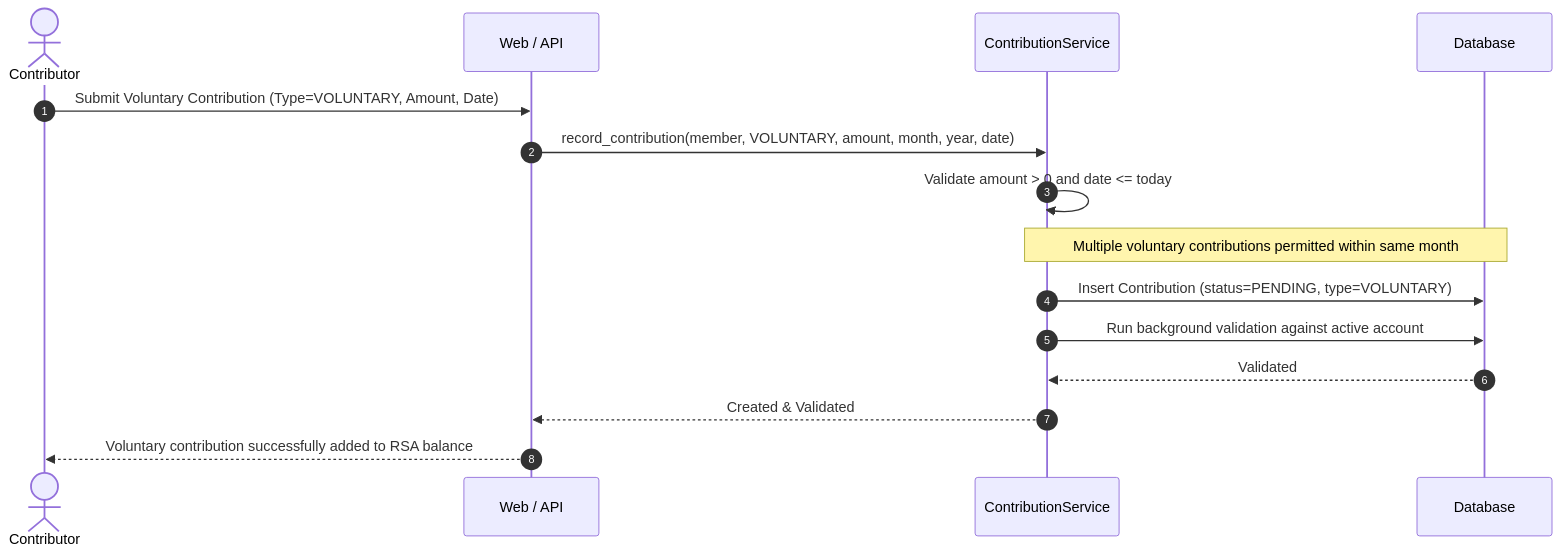
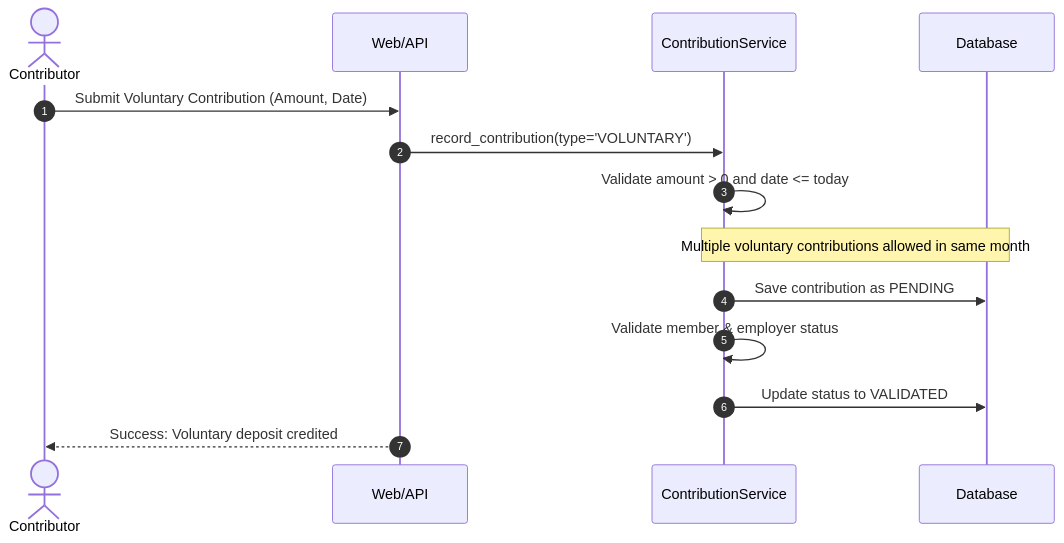
The fifth of 7 diagrams in SYSTEM_DESIGN.md (victorquadri123/pension-contribution-management-system), drawn with Mermaid before and after one commit. The commit also changed other lines of this file, not shown here.

Commit message:
docs: simplify system design document with clear developer notes and diagrams

````diff
--- a/SYSTEM_DESIGN.md
+++ b/SYSTEM_DESIGN.md
@@ -230,18 +213,17 @@
 ```mermaid
 sequenceDiagram
     autonumber
     actor Contributor as Contributor
-    participant Portal as Web / API
-    participant ContribSvc as ContributionService
+    participant View as Web/API
+    participant Service as ContributionService
     participant DB as Database
 
-    Contributor->>Portal: Submit Voluntary Contribution (Type=VOLUNTARY, Amount, Date)
-    Portal->>ContribSvc: record_contribution(member, VOLUNTARY, amount, month, year, date)
-    ContribSvc->>ContribSvc: Validate amount > 0 and date <= today
-    Note over ContribSvc,DB: Multiple voluntary contributions permitted within same month
-    ContribSvc->>DB: Insert Contribution (status=PENDING, type=VOLUNTARY)
-    ContribSvc->>DB: Run background validation against active account
-    DB-->>ContribSvc: Validated
-    ContribSvc-->>Portal: Created & Validated
-    Portal-->>Contributor: Voluntary contribution successfully added to RSA balance
+    Contributor->>View: Submit Voluntary Contribution (Amount, Date)
+    View->>Service: record_contribution(type='VOLUNTARY')
+    Service->>Service: Validate amount > 0 and date <= today
+    Note over Service,DB: Multiple voluntary contributions allowed in same month
+    Service->>DB: Save contribution as PENDING
+    Service->>Service: Validate member & employer status
+    Service->>DB: Update status to VALIDATED
+    View-->>Contributor: Success: Voluntary deposit credited
 ```
````
